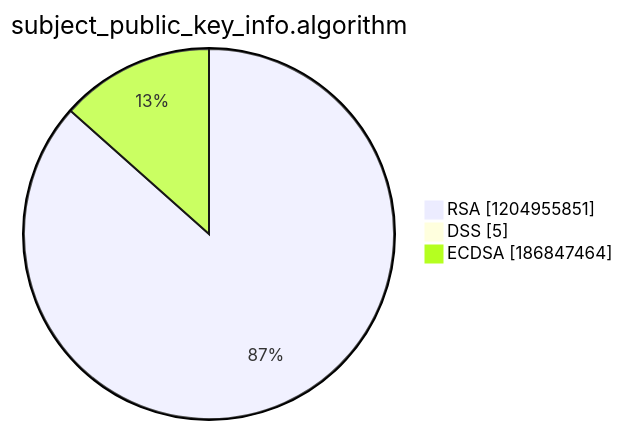
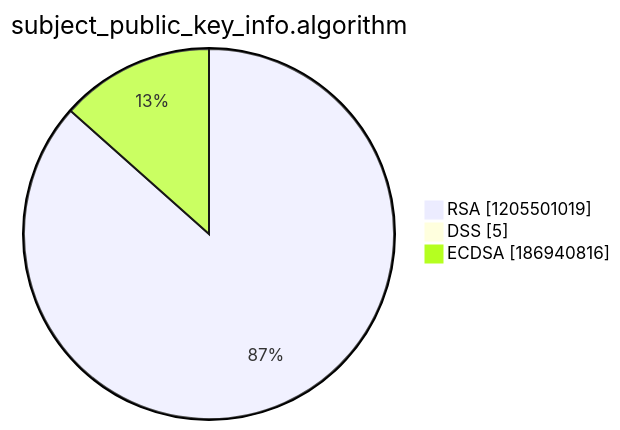
Before and after one commit to christiankrug/ctmonitor_visualization: the third of 15 diagrams in argon2022/README.md, drawn with Mermaid. The commit also changed other lines of this file, not shown here.

````diff
--- a/argon2022/README.md
+++ b/argon2022/README.md
@@ -14,7 +14,7 @@
 ```mermaid
 pie showData
 title subject_public_key_info.algorithm
-"RSA" :1204955851
+"RSA" :1205501019
 "DSS" :5
-"ECDSA" :186847464
+"ECDSA" :186940816
 ```
````
